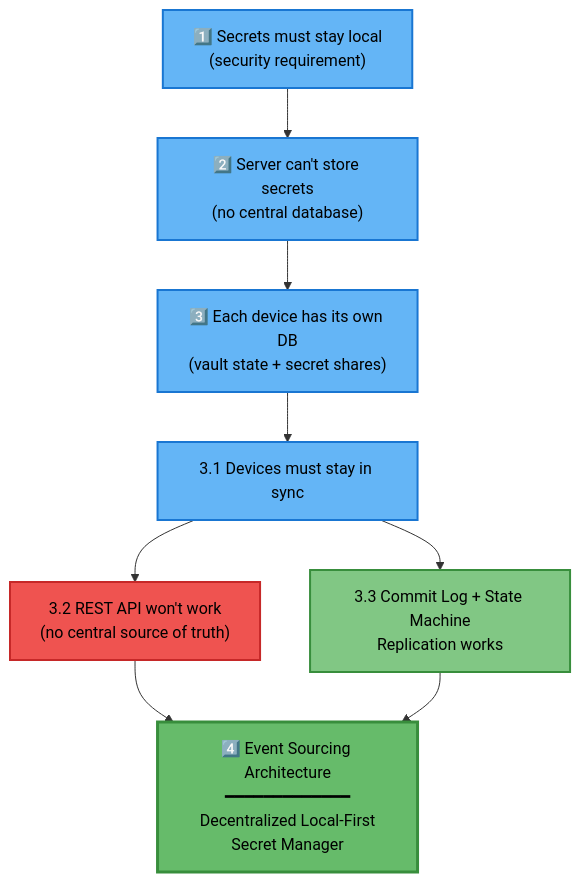
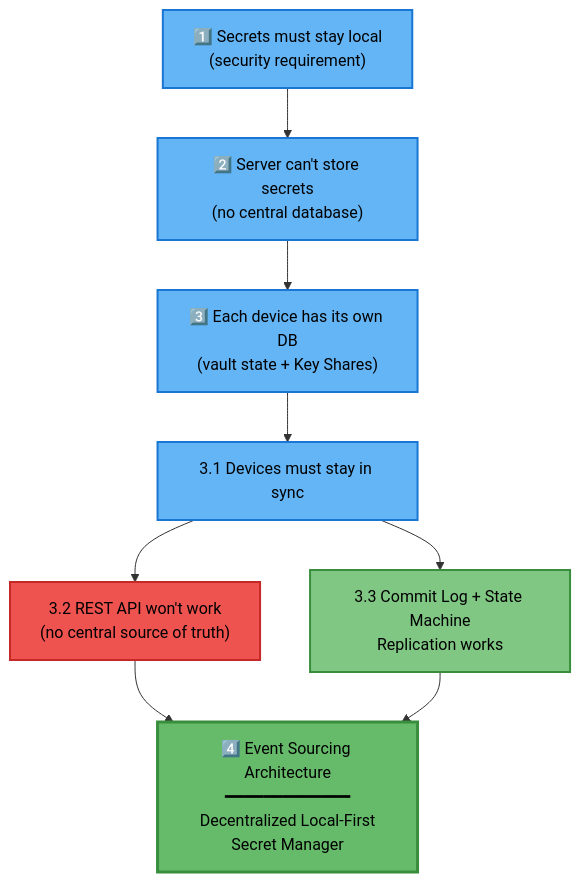
Diagram 11 of 14 in docs/meta-secret-technical-presentation.md (meta-secret/meta-secret-core), drawn with Mermaid before and after one commit. The commit also changed other lines of this file and 12 other files, not shown here.

````diff
--- a/docs/meta-secret-technical-presentation.md
+++ b/docs/meta-secret-technical-presentation.md
@@ -611,18 +611,18 @@
 ```mermaid
 flowchart TB
     A["1️⃣ Secrets must stay local<br/>(security requirement)"] --> B["2️⃣ Server can't store secrets<br/>(no central database)"]
-    B --> C["3️⃣ Each device has its own DB<br/>(vault state + secret shares)"]
+    B --> C["3️⃣ Each device has its own DB<br/>(vault state + Key Shares)"]
     C --> D["3.1 Devices must stay in sync"]
     D --> E["3.2 REST API won't work<br/>(no central source of truth)"]
     D --> F["3.3 Commit Log + State Machine<br/>Replication works"]
     E --> G["4️⃣ Event Sourcing Architecture<br/>━━━━━━━━━━━━━<br/>Decentralized Local-First<br/>Secret Manager"]
     F --> G
     
     style A fill:#64b5f6,color:#000,stroke:#1976d2,stroke-width:2px
     style B fill:#64b5f6,color:#000,stroke:#1976d2,stroke-width:2px
     style C fill:#64b5f6,color:#000,stroke:#1976d2,stroke-width:2px
     style D fill:#64b5f6,color:#000,stroke:#1976d2,stroke-width:2px
     style E fill:#ef5350,color:#000,stroke:#c62828,stroke-width:2px
     style F fill:#81c784,color:#000,stroke:#388e3c,stroke-width:2px
     style G fill:#66bb6a,color:#000,stroke:#388e3c,stroke-width:3px
 ```
````
